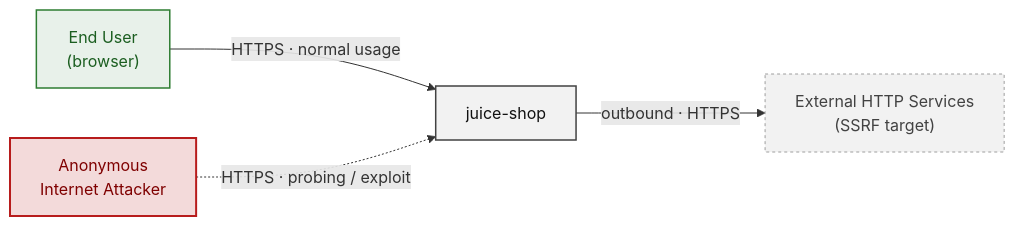
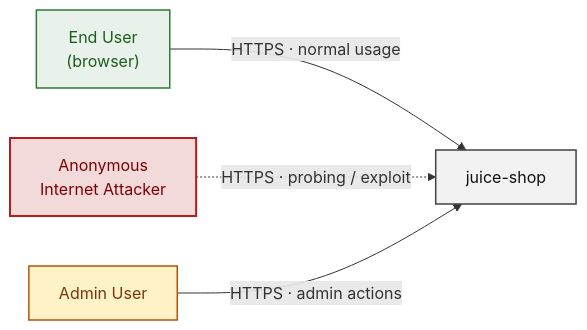
The second of 5 diagrams in examples/threat-modeler/threat-model-juice-shop-quick.md (appsec-foundry/appsec-advisor), drawn with Mermaid before and after one commit. The commit also changed other lines of this file and 7 other files, not shown here.

````diff
--- a/examples/threat-modeler/threat-model-juice-shop-quick.md
+++ b/examples/threat-modeler/threat-model-juice-shop-quick.md
@@ -349,18 +244,18 @@
 ```mermaid
 flowchart LR
     USER["End User<br/>(browser)"]
     ATTACKER["Anonymous<br/>Internet Attacker"]
+    ADMIN["Admin User"]
     SYSTEM["juice-shop"]
-    EXTERNAL["External HTTP Services<br/>(SSRF target)"]
     USER -->|HTTPS · normal usage| SYSTEM
     ATTACKER -.->|HTTPS · probing / exploit| SYSTEM
-    SYSTEM -->|outbound · HTTPS| EXTERNAL
+    ADMIN -->|HTTPS · admin actions| SYSTEM
     classDef user     fill:#e8f1ea,stroke:#2e7d32,color:#1b5e20,stroke-width:1.5px
     classDef attacker fill:#f3dada,stroke:#b71c1c,color:#7f0000,stroke-width:2px
+    classDef admin    fill:#fef3c7,stroke:#b45309,color:#78350f,stroke-width:1.5px
     classDef sys      fill:#f2f2f2,stroke:#424242,color:#111,stroke-width:1.5px
-    classDef ext      fill:#f2f2f2,stroke:#9e9e9e,color:#424242,stroke-dasharray:3 3,stroke-width:1px
     class USER user
     class ATTACKER attacker
+    class ADMIN admin
     class SYSTEM sys
-    class EXTERNAL ext
 ```
````
